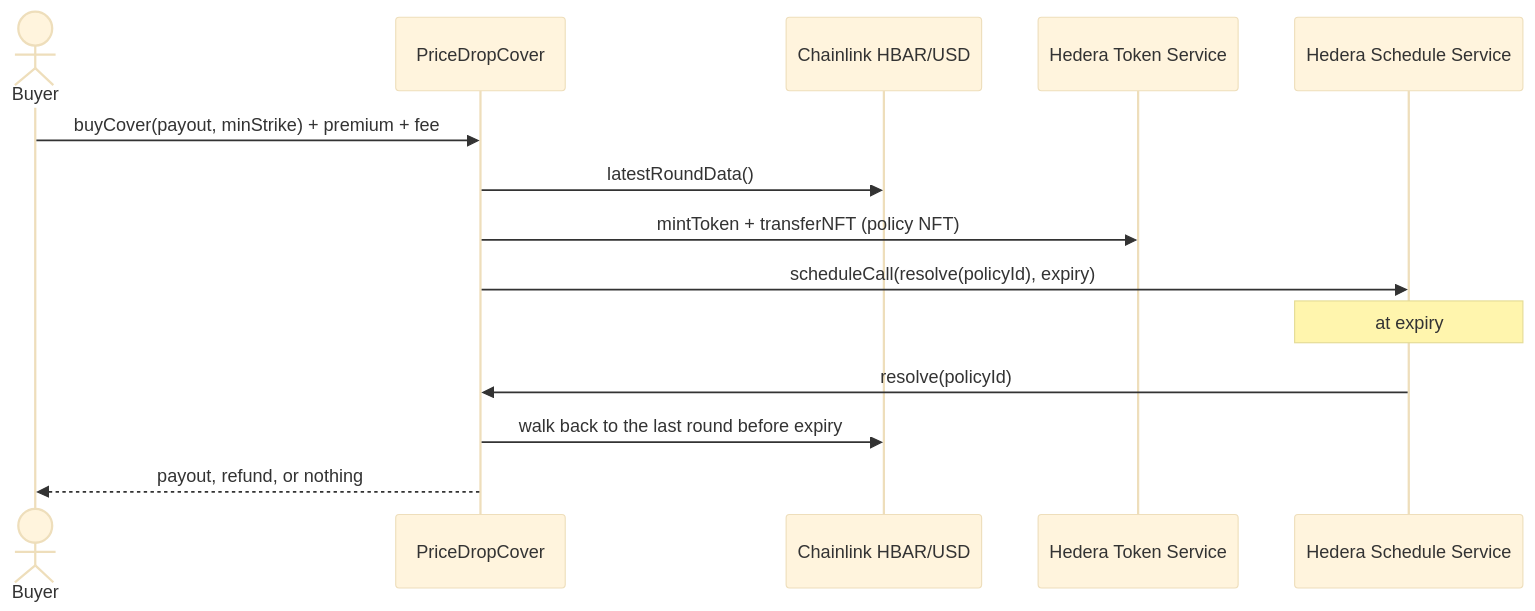
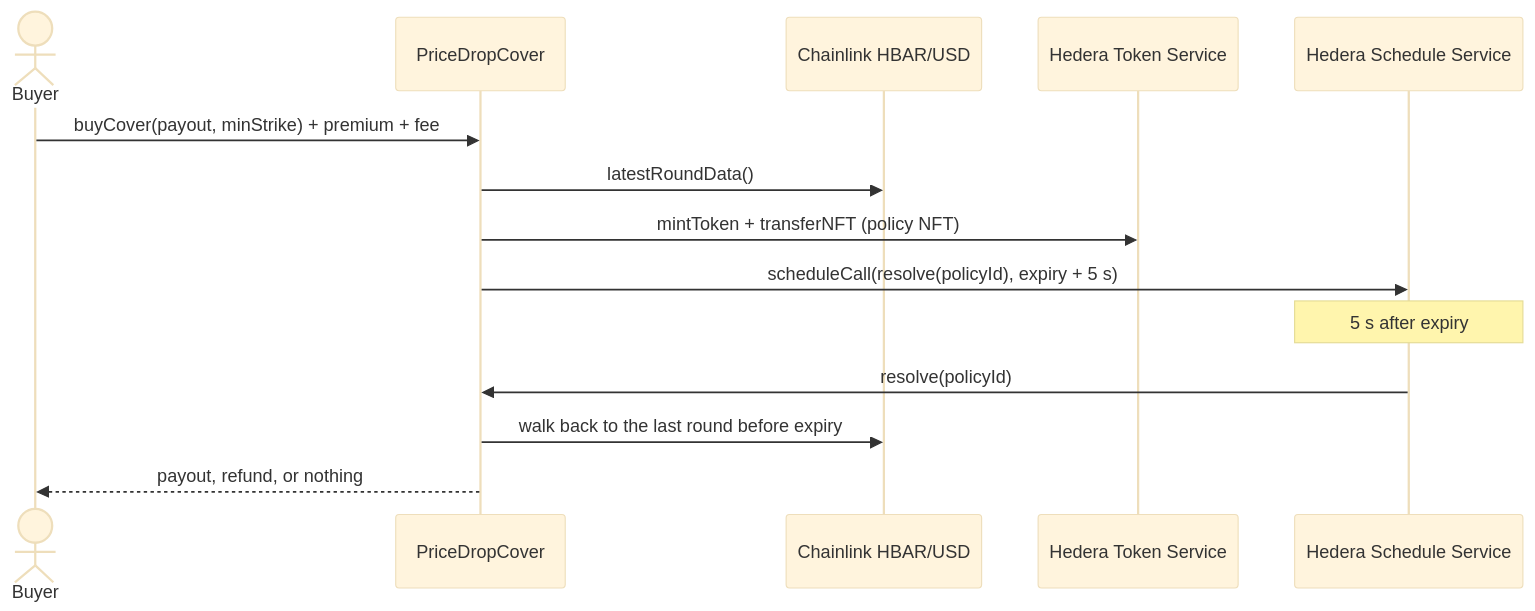
One commit to TheYukiKawata/hbar-price-drop-cover changed the diagram in README.md. Above: the diagram before and after it, drawn with Mermaid (base theme). The commit also changed other lines of this file and 3 other files, not shown here.

First line of the commit message:
Schedule resolution 5 seconds after expiry

````diff
--- a/README.md
+++ b/README.md
@@ -37,16 +37,16 @@
 ```mermaid
 sequenceDiagram
     actor Buyer
     participant Cover as PriceDropCover
     participant Feed as Chainlink HBAR/USD
     participant HTS as Hedera Token Service
     participant HSS as Hedera Schedule Service
     Buyer->>Cover: buyCover(payout, minStrike) + premium + fee
     Cover->>Feed: latestRoundData()
     Cover->>HTS: mintToken + transferNFT (policy NFT)
-    Cover->>HSS: scheduleCall(resolve(policyId), expiry)
-    Note over HSS: at expiry
+    Cover->>HSS: scheduleCall(resolve(policyId), expiry + 5 s)
+    Note over HSS: 5 s after expiry
     HSS->>Cover: resolve(policyId)
     Cover->>Feed: walk back to the last round before expiry
     Cover-->>Buyer: payout, refund, or nothing
 ```
````
